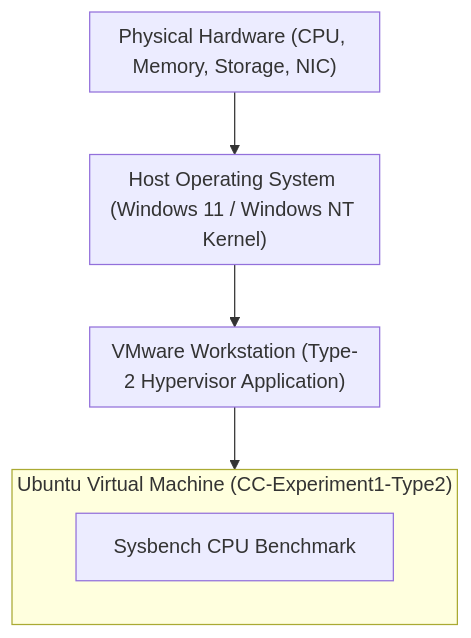
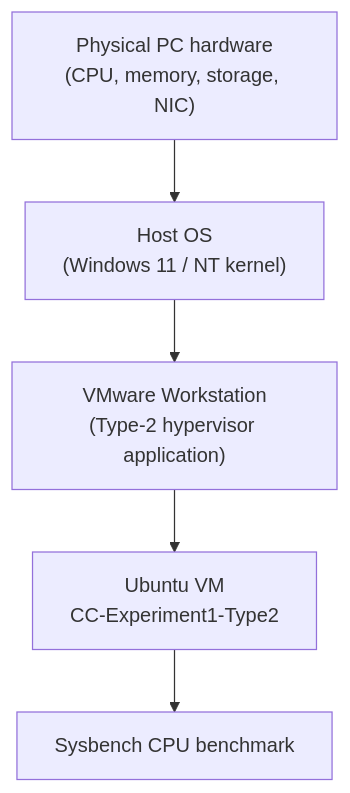
Before and after one commit to Achyuthrh/Cloud-Computing: the second of 2 diagrams in README.md, drawn with Mermaid. The commit also changed other lines of this file, not shown here.

````diff
--- a/README.md
+++ b/README.md
@@ -89,19 +80,7 @@
 ```mermaid
 graph TD
-    subgraph Physical_Hardware2["Physical Hardware (CPU, Memory, Storage, NIC)"]
-    end
-
-    subgraph Host_OS["Host Operating System (Windows 11 / Windows NT Kernel)"]
-    end
-    
-    subgraph Type2_Layer["VMware Workstation (Type-2 Hypervisor Application)"]
-    end
-    
-    subgraph Guest_VM2["Ubuntu Virtual Machine (CC-Experiment1-Type2)"]
-        Sysbench2["Sysbench CPU Benchmark"]
-    end
-    
-    Physical_Hardware2 --> Host_OS
-    Host_OS --> Type2_Layer
-    Type2_Layer --> Guest_VM2
+    A["Physical PC hardware<br/>(CPU, memory, storage, NIC)"] --> B["Host OS<br/>(Windows 11 / NT kernel)"]
+    B --> C["VMware Workstation<br/>(Type-2 hypervisor application)"]
+    C --> D["Ubuntu VM<br/>CC-Experiment1-Type2"]
+    D --> E["Sysbench CPU benchmark"]
 ```
````
